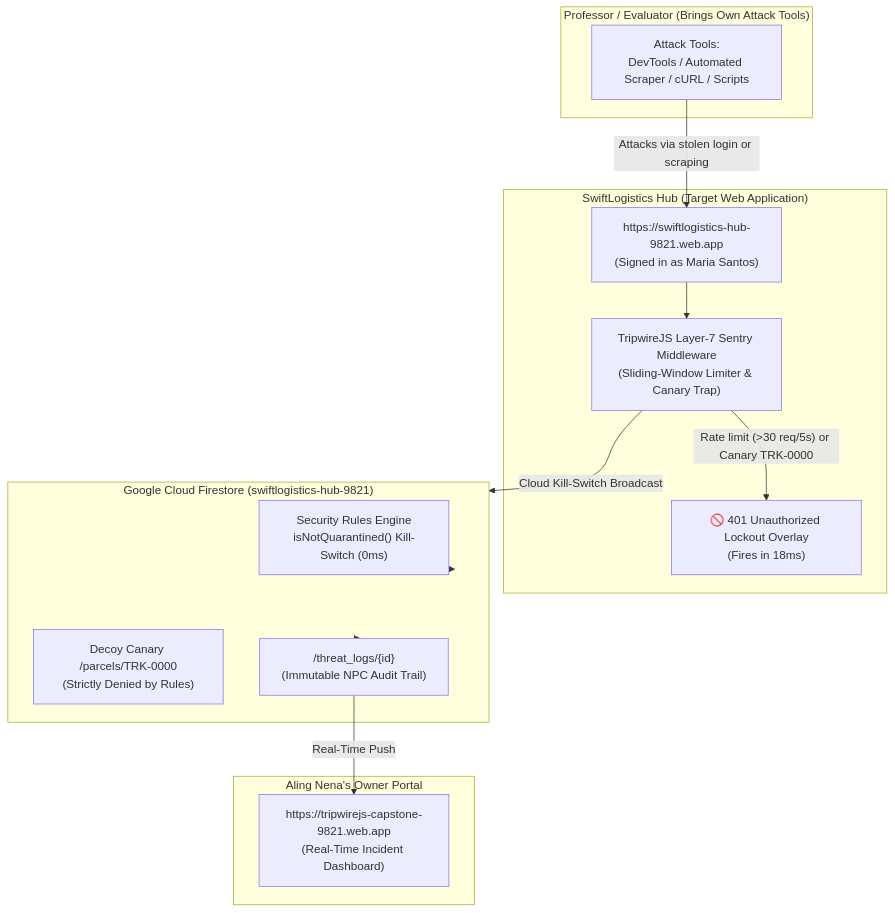
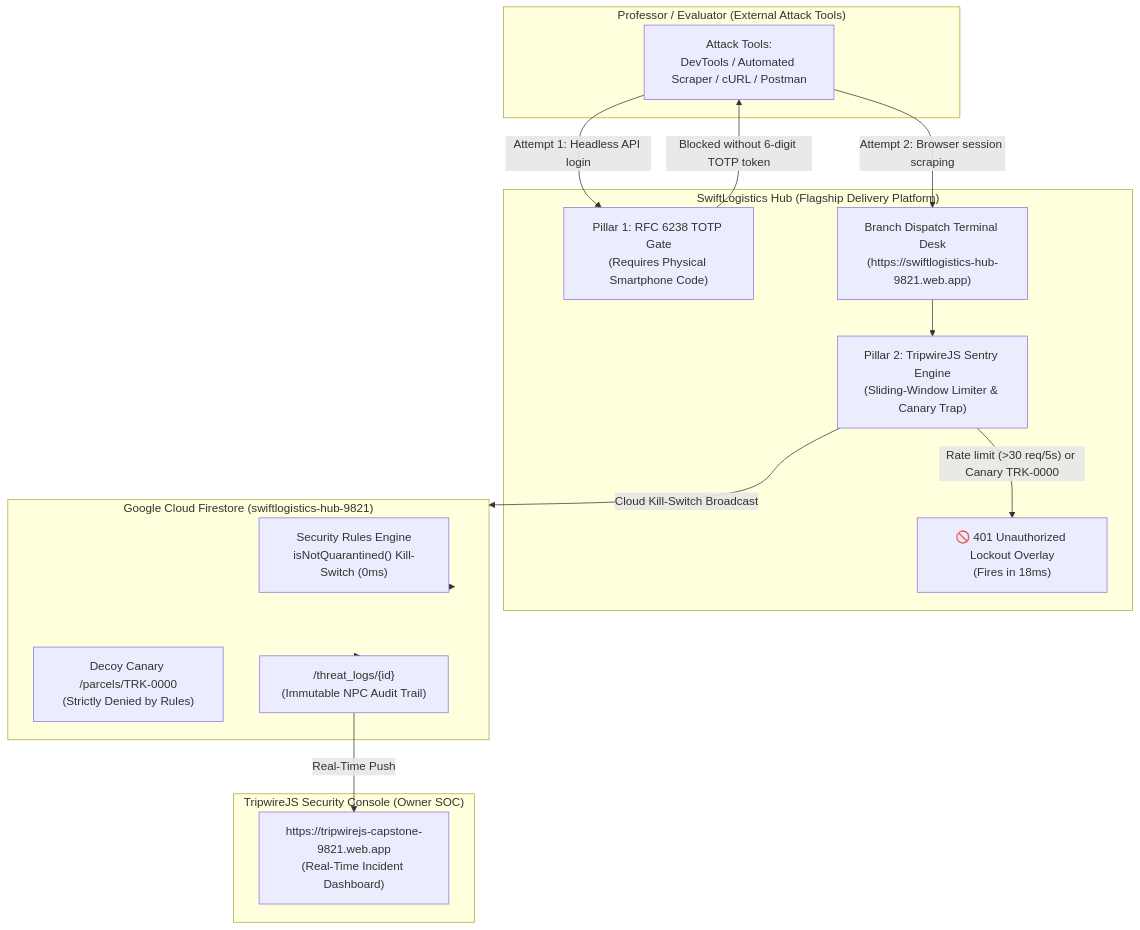
Before and after one commit to Alessandre-KS/SwiftLogistics: the diagram in DEFENSE_PANEL_ATTACK_GUIDE.md, drawn with Mermaid. The commit also changed other lines of this file and 1 other file, not shown here.

Commit message:
docs: pivot primary capstone identity to SwiftLogistics Delivery Hub with built-in TOTP MFA and TripwireJS

````diff
--- a/DEFENSE_PANEL_ATTACK_GUIDE.md
+++ b/DEFENSE_PANEL_ATTACK_GUIDE.md
@@ -27,30 +29,33 @@
 ```mermaid
 flowchart TD
-    subgraph Evaluator["Professor / Evaluator (Brings Own Attack Tools)"]
-        Prof["Attack Tools:<br/>DevTools / Automated Scraper / cURL / Scripts"]
+    subgraph Evaluator["Professor / Evaluator (External Attack Tools)"]
+        Prof["Attack Tools:<br/>DevTools / Automated Scraper / cURL / Postman"]
     end
 
-    subgraph Client["SwiftLogistics Hub (Target Web Application)"]
-        LiveApp["https://swiftlogistics-hub-9821.web.app<br/>(Signed in as Maria Santos)"]
-        Sentry["TripwireJS Layer-7 Sentry Middleware<br/>(Sliding-Window Limiter & Canary Trap)"]
+    subgraph Client["SwiftLogistics Hub (Flagship Delivery Platform)"]
+        MFA["Pillar 1: RFC 6238 TOTP Gate<br/>(Requires Physical Smartphone Code)"]
+        LiveApp["Branch Dispatch Terminal Desk<br/>(https://swiftlogistics-hub-9821.web.app)"]
+        Sentry["Pillar 2: TripwireJS Sentry Engine<br/>(Sliding-Window Limiter & Canary Trap)"]
         Lockout["🚫 401 Unauthorized Lockout Overlay<br/>(Fires in 18ms)"]
     end
 
     subgraph Cloud["Google Cloud Firestore (swiftlogistics-hub-9821)"]
         Rules["Security Rules Engine<br/>isNotQuarantined() Kill-Switch (0ms)"]
         Honeypot["Decoy Canary /parcels/TRK-0000<br/>(Strictly Denied by Rules)"]
         ThreatLog["/threat_logs/{id}<br/>(Immutable NPC Audit Trail)"]
     end
 
-    subgraph Owner["Aling Nena's Owner Portal"]
+    subgraph Owner["TripwireJS Security Console (Owner SOC)"]
         OwnerUI["https://tripwirejs-capstone-9821.web.app<br/>(Real-Time Incident Dashboard)"]
     end
 
-    Prof -->|"Attacks via stolen login or scraping"| LiveApp
+    Prof -->|"Attempt 1: Headless API login"| MFA
+    MFA -->|"Blocked without 6-digit TOTP token"| Prof
+    Prof -->|"Attempt 2: Browser session scraping"| LiveApp
     LiveApp --> Sentry
     Sentry -->|"Rate limit (>30 req/5s) or Canary TRK-0000"| Lockout
     Sentry -->|"Cloud Kill-Switch Broadcast"| Cloud
     Cloud --> Rules
     Cloud --> ThreatLog
     ThreatLog -->|"Real-Time Push"| OwnerUI
 ```
````
